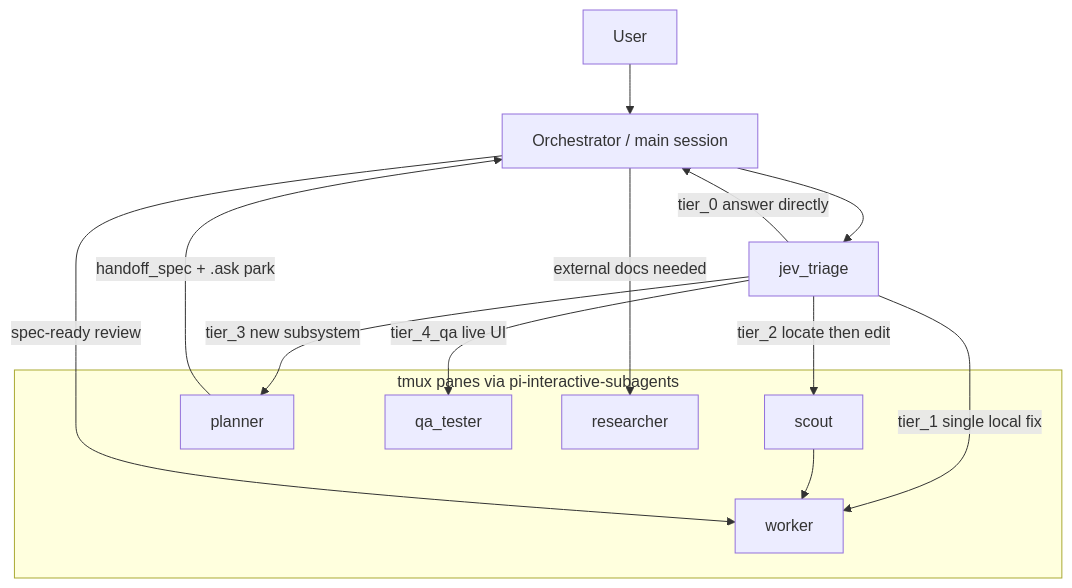
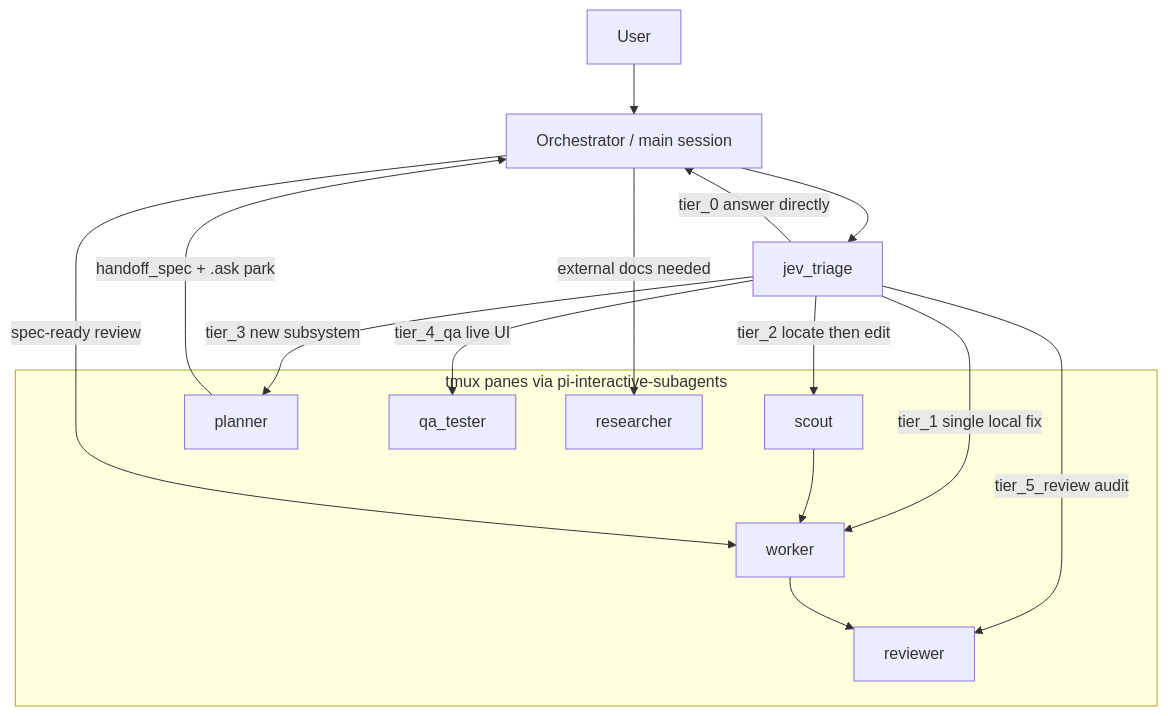
The diagram in docs/architecture.md (VisionCraft3r/ultimate-pi), drawn with Mermaid before and after one commit. The commit also changed other lines of this file and 24 other files, not shown here.

First line of the commit message:
Add a read-only reviewer with its own model and a JEV audit route.

````diff
--- a/docs/architecture.md
+++ b/docs/architecture.md
@@ -42,23 +44,26 @@
 ```mermaid
 flowchart TB
     U[User] --> O[Orchestrator / main session]
     O --> J[jev_triage]
 
     J -->|tier_0 answer directly| O
     J -->|tier_1 single local fix| W[worker]
     J -->|tier_2 locate then edit| S[scout]
     S --> W
     J -->|tier_3 new subsystem| P[planner]
     P -->|handoff_spec + .ask park| O
     O -->|spec-ready review| W
     J -->|tier_4_qa live UI| Q[qa_tester]
+    J -->|tier_5_review audit| Rev[reviewer]
     O -->|external docs needed| R[researcher]
+    W --> Rev
 
     subgraph tmux ["tmux panes via pi-interactive-subagents"]
         S
         W
         P
         R
         Q
+        Rev
     end
 ```
````
